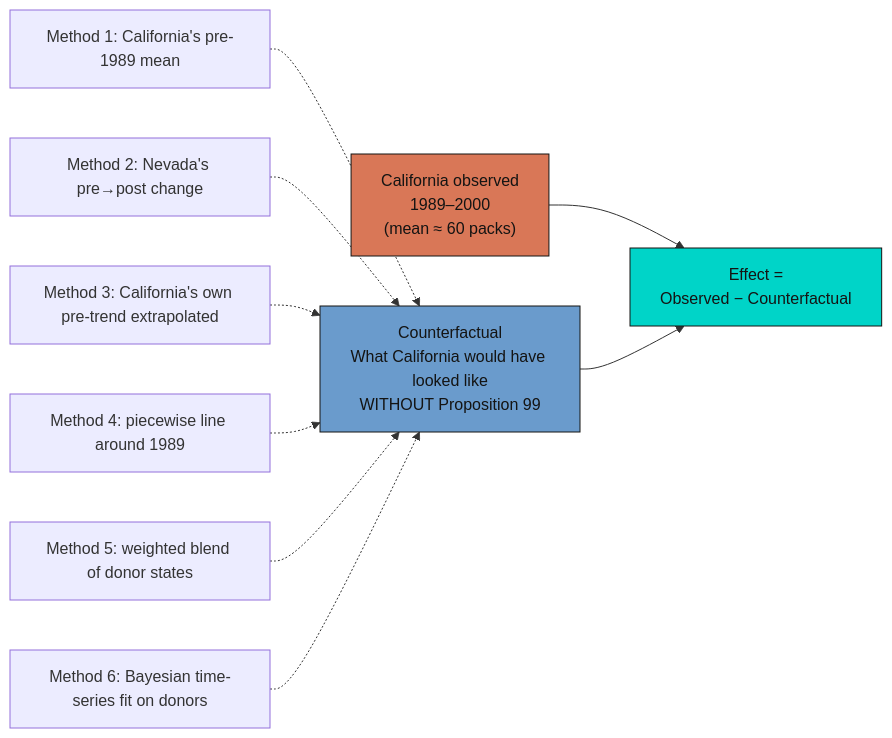
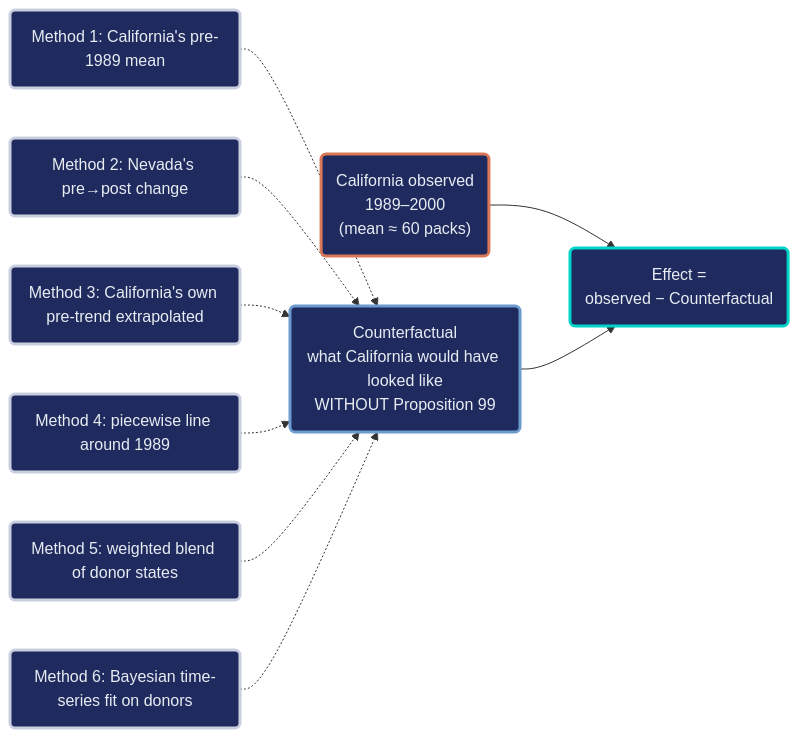
The first of 5 diagrams in content/post/r_causalpolicy_workshop/index.md (cmg777/starter-academic-v501), drawn with Mermaid before and after one commit. The commit also changed other lines of this file and 13 other files, not shown here.

First line of the commit message:
content(mermaid): restyle flowcharts in R posts

````diff
--- a/content/post/r_causalpolicy_workshop/index.md
+++ b/content/post/r_causalpolicy_workshop/index.md
@@ -122,19 +122,23 @@
 ```mermaid
 flowchart LR
-    OBS["California observed<br/>1989–2000<br/>(mean ≈ 60 packs)"]
-    CF["Counterfactual<br/>What California would have looked like<br/>WITHOUT Proposition 99"]
-    EFF["Effect =<br/>Observed − Counterfactual"]
+    OBS("California observed<br/>1989–2000<br/>(mean ≈ 60 packs)")
+    CF("Counterfactual<br/>what California would have looked like<br/>WITHOUT Proposition 99")
+    EFF("Effect =<br/>observed − Counterfactual")
     OBS --> EFF
     CF --> EFF
 
-    SRC1["Method 1: California's pre-1989 mean"] -.-> CF
-    SRC2["Method 2: Nevada's pre→post change"] -.-> CF
-    SRC3["Method 3: California's own pre-trend extrapolated"] -.-> CF
-    SRC4["Method 4: piecewise line around 1989"] -.-> CF
-    SRC5["Method 5: weighted blend of donor states"] -.-> CF
-    SRC6["Method 6: Bayesian time-series fit on donors"] -.-> CF
-
-    style OBS fill:#d97757,stroke:#141413,color:#141413
-    style CF fill:#6a9bcc,stroke:#141413,color:#141413
-    style EFF fill:#00d4c8,stroke:#141413,color:#141413
+    SRC1("Method 1: California's pre-1989 mean") -.-> CF
+    SRC2("Method 2: Nevada's pre→post change") -.-> CF
+    SRC3("Method 3: California's own pre-trend extrapolated") -.-> CF
+    SRC4("Method 4: piecewise line around 1989") -.-> CF
+    SRC5("Method 5: weighted blend of donor states") -.-> CF
+    SRC6("Method 6: Bayesian time-series fit on donors") -.-> CF
+    classDef orange fill:#1f2b5e,stroke:#d97757,stroke-width:3px,color:#e8ecf2
+    classDef blue fill:#1f2b5e,stroke:#6a9bcc,stroke-width:3px,color:#e8ecf2
+    classDef teal fill:#1f2b5e,stroke:#00d4c8,stroke-width:3px,color:#e8ecf2
+    classDef gray fill:#1f2b5e,stroke:#c8d0e0,stroke-width:3px,color:#e8ecf2
+    class OBS orange
+    class CF blue
+    class EFF teal
+    class SRC1,SRC2,SRC3,SRC4,SRC5,SRC6 gray
 ```
````
